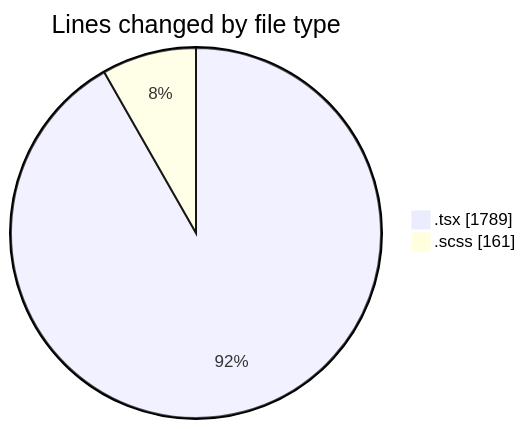
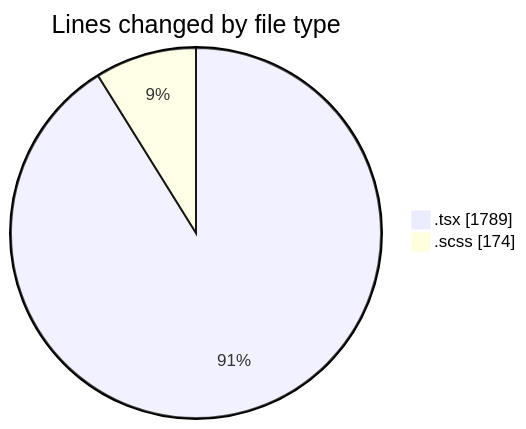
One commit to momahboobian/code-tracking changed the first of 2 diagrams in 2025-04-07/cda/README.md. Above: the diagram before and after it, drawn with Mermaid. The commit also changed other lines of this file and 1 other file, not shown here.

````diff
--- a/2025-04-07/cda/README.md
+++ b/2025-04-07/cda/README.md
@@ -26,6 +26,6 @@
 ```mermaid
 pie showData
 title Lines changed by file type
 ".tsx" : 1789
-".scss" : 161
+".scss" : 174
 ```
````
